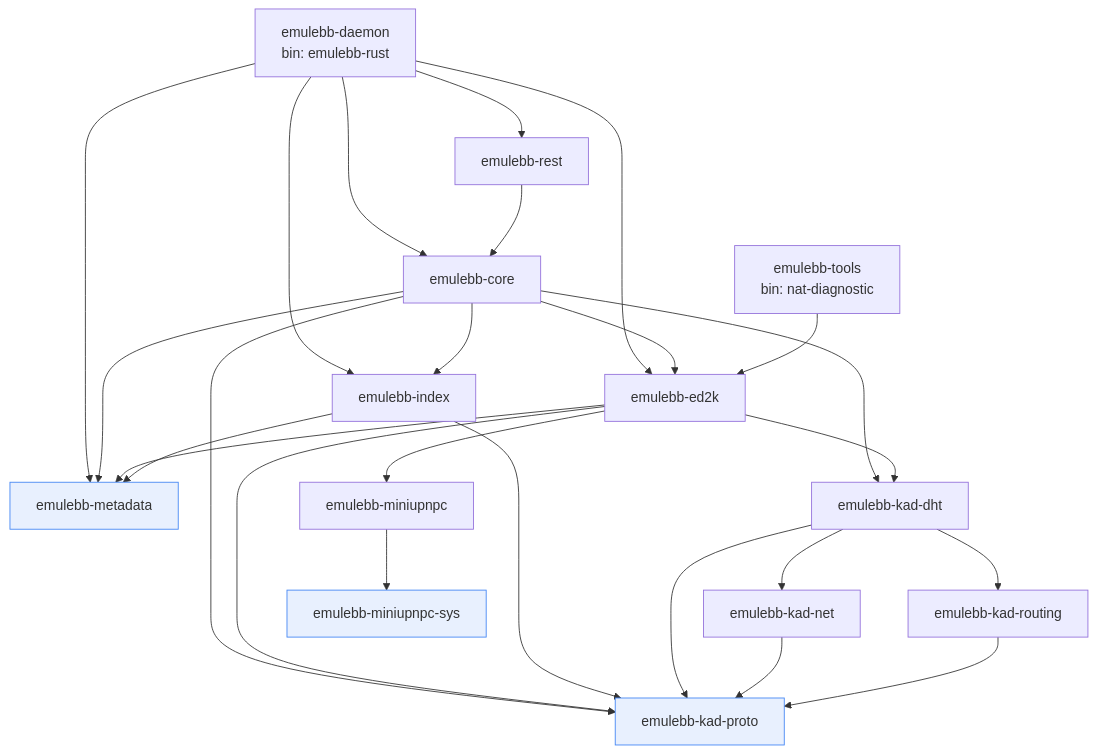
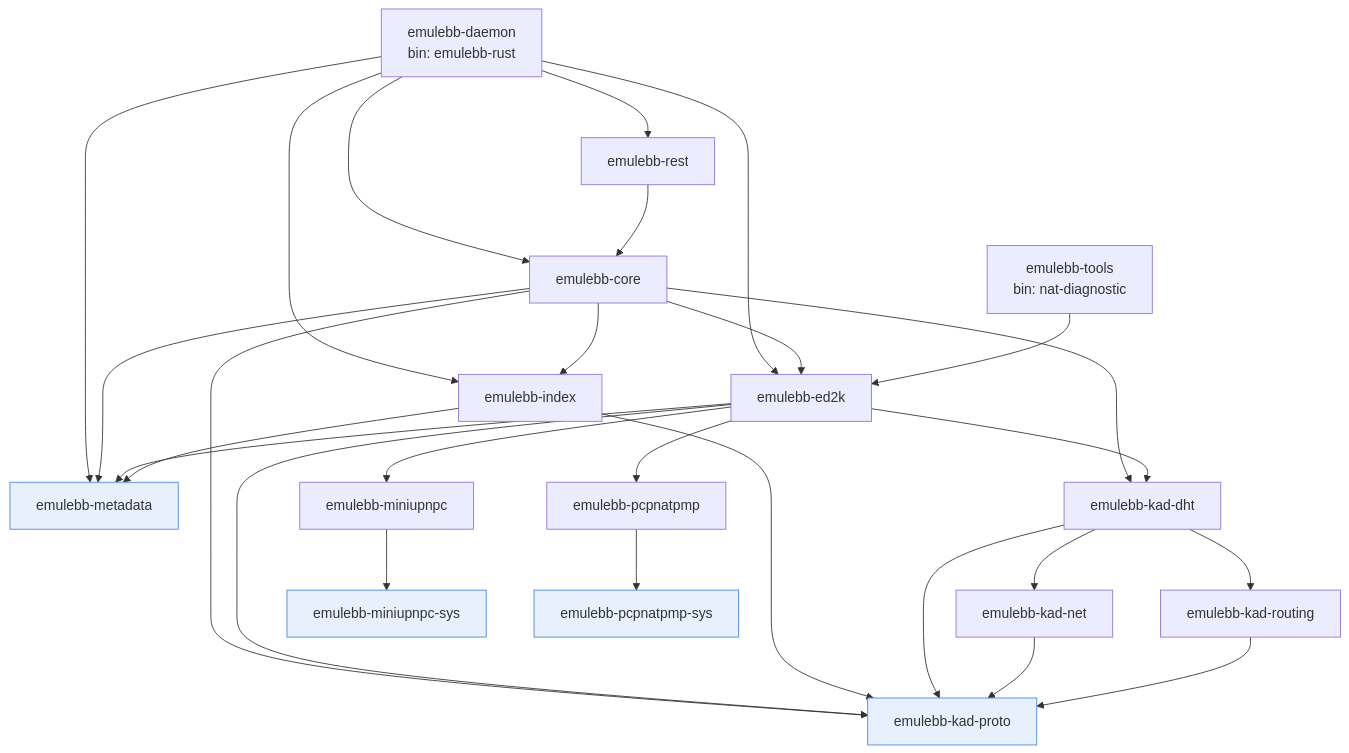
One commit to emulebb/emulebb-tooling changed the first of 5 diagrams in docs/products/emulebb-rust/design/architecture.md. Above: the diagram before and after it, drawn with Mermaid. The commit also changed other lines of this file and 10 other files, not shown here.

````diff
--- a/docs/products/emulebb-rust/design/architecture.md
+++ b/docs/products/emulebb-rust/design/architecture.md
@@ -25,36 +27,38 @@
 ```mermaid
 %%{init: {'flowchart': {'nodeSpacing': 55, 'rankSpacing': 70}}}%%
 graph TD
     daemon[emulebb-daemon<br/>bin: emulebb-rust] --> core[emulebb-core]
     daemon --> rest[emulebb-rest]
     daemon --> ed2k[emulebb-ed2k]
     daemon --> index[emulebb-index]
     daemon --> meta[emulebb-metadata]
 
     rest --> core
     core --> ed2k
     core --> index
     core --> kaddht[emulebb-kad-dht]
     core --> kadproto[emulebb-kad-proto]
     core --> meta
 
     ed2k --> kaddht
     ed2k --> kadproto
     ed2k --> meta
     ed2k --> upnp[emulebb-miniupnpc]
+    ed2k --> pcp[emulebb-pcpnatpmp]
 
     index --> kadproto
     index --> meta
 
     kaddht --> kadproto
     kaddht --> kadrouting[emulebb-kad-routing]
     kaddht --> kadnet[emulebb-kad-net]
     kadnet --> kadproto
     kadrouting --> kadproto
 
     upnp --> upnpsys[emulebb-miniupnpc-sys]
+    pcp --> pcpsys[emulebb-pcpnatpmp-sys]
     tools[emulebb-tools<br/>bin: nat-diagnostic] --> ed2k
 
     classDef leaf fill:#e8f0fe,stroke:#4285f4;
-    class kadproto,meta,upnpsys leaf;
+    class kadproto,meta,upnpsys,pcpsys leaf;
 ```
````
